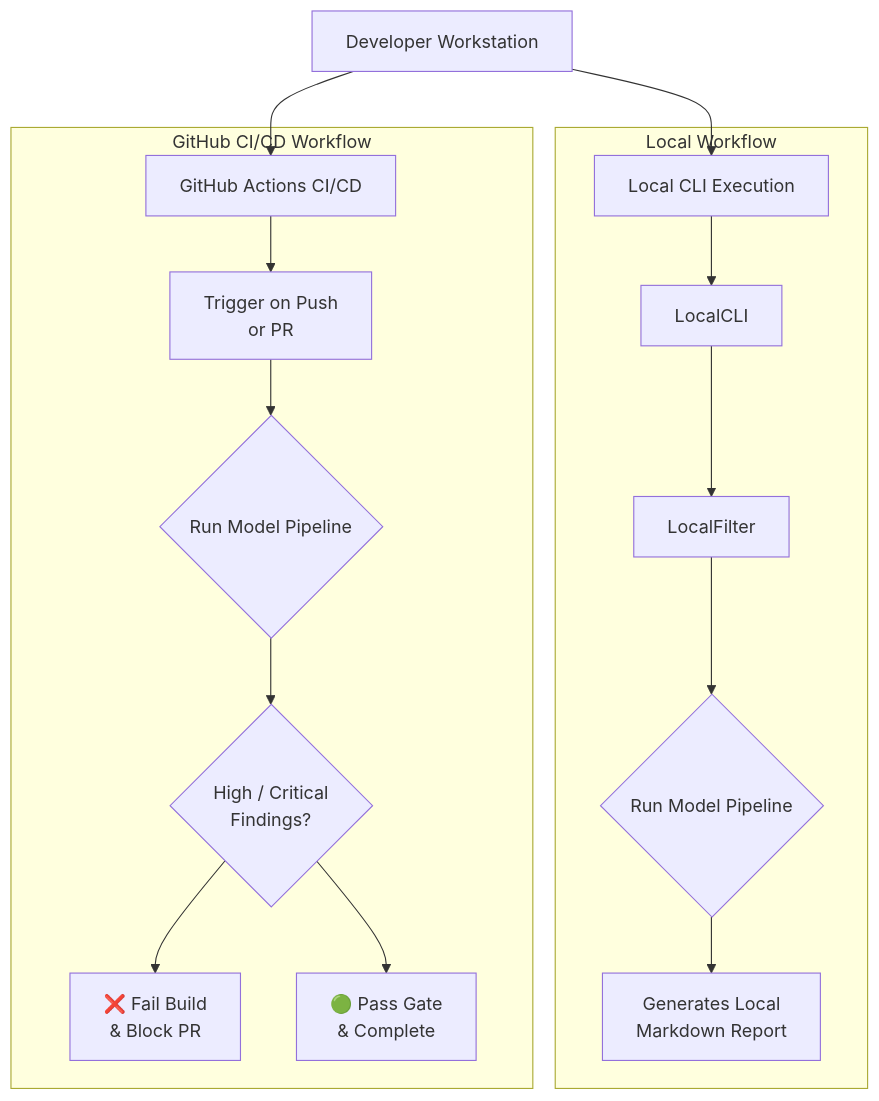
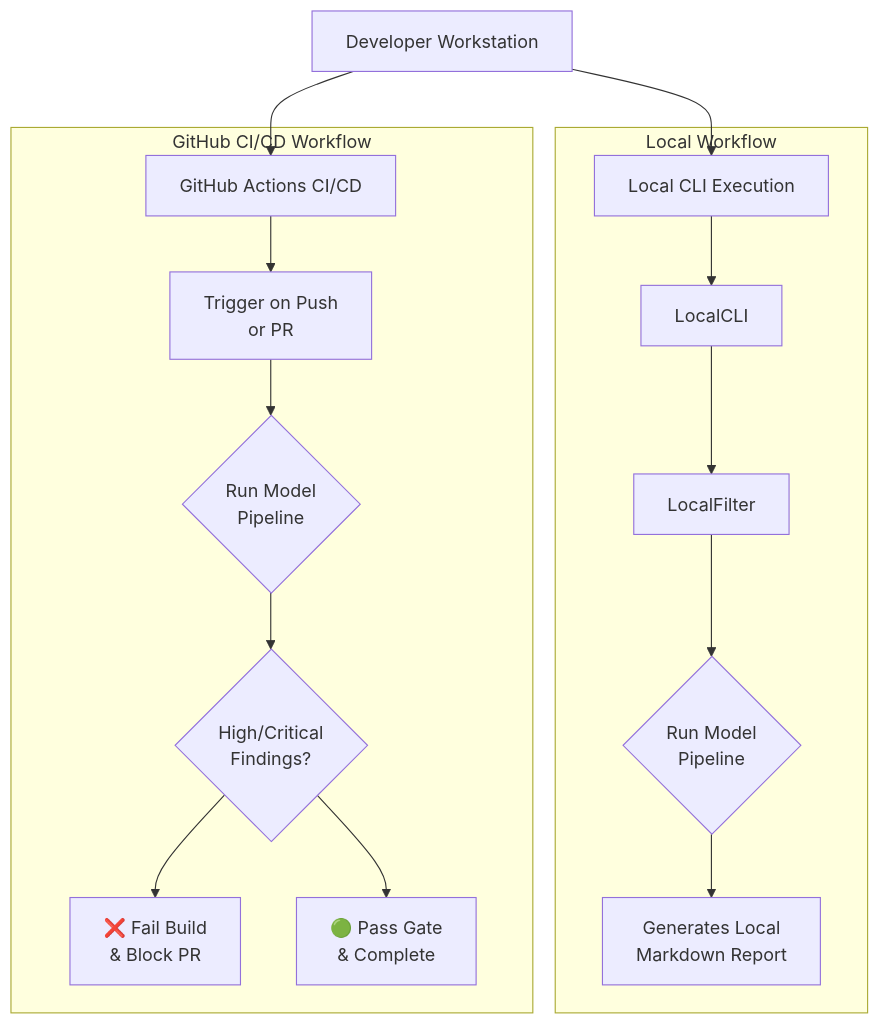
Before and after one commit to donaldlew/Ai-Scanner: the diagram in README.md, drawn with Mermaid.

````diff
--- a/README.md
+++ b/README.md
@@ -15,21 +15,21 @@
 ```mermaid
 graph TD
     Dev[Developer Workstation] --> Local[Local CLI Execution]
     Dev --> GitHub[GitHub Actions CI/CD]
 
     subgraph "Local Workflow"
         Local --> LocalCLI
         LocalCLI --> LocalFilter
-        LocalFilter --> RunLocalLLM{"Run Model Pipeline"}
+        LocalFilter --> RunLocalLLM{"Run Model<br/>Pipeline"}
         RunLocalLLM --> LocalReport["Generates Local<br/>Markdown Report"]
     end
 
     subgraph "GitHub CI/CD Workflow"
         GitHub --> GHA["Trigger on Push<br/>or PR"]
-        GHA --> RunGitLLM{"Run Model Pipeline"}
-        RunGitLLM --> GHAGate{"High / Critical<br/>Findings?"}
+        GHA --> RunGitLLM{"Run Model<br/>Pipeline"}
+        RunGitLLM --> GHAGate{"High/Critical<br/>Findings?"}
         GHAGate --> Fail["❌ Fail Build<br/>& Block PR"]
         GHAGate --> Pass["🟢 Pass Gate<br/>& Complete"]
     end
 
 ```
````
